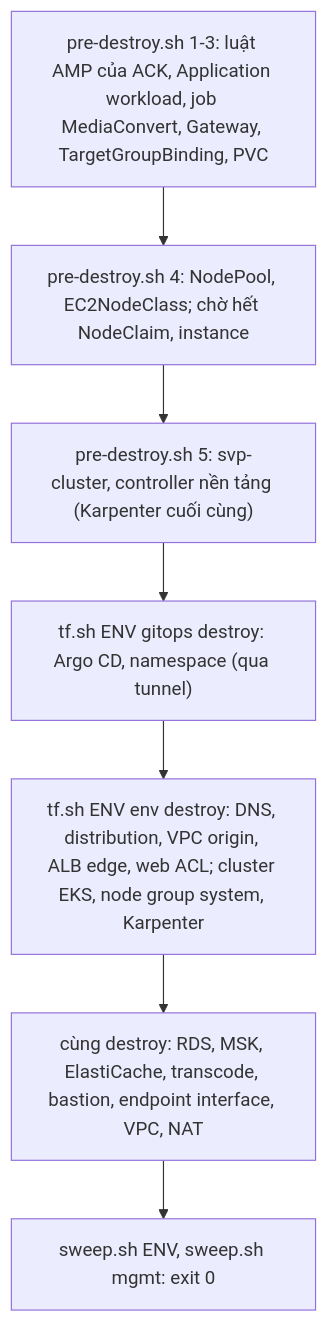
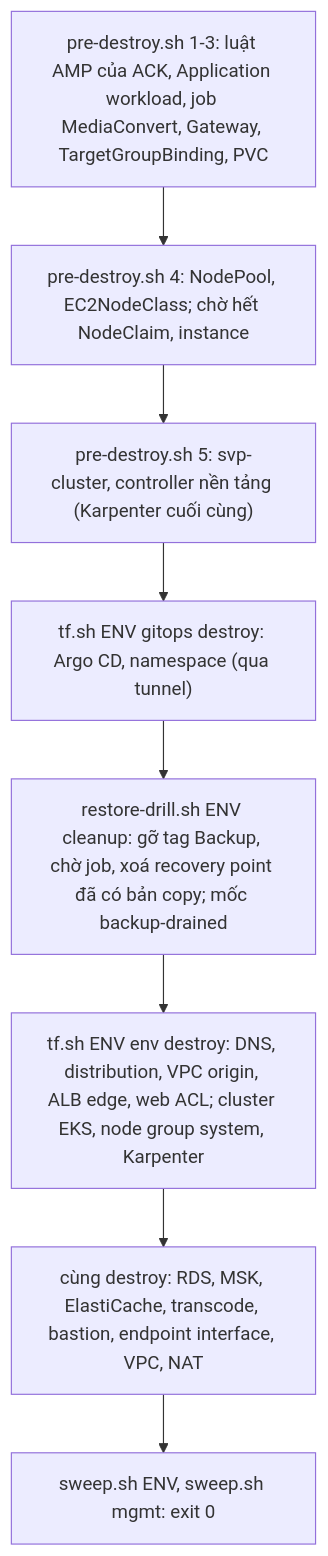
Before and after one commit to anhnvcoder/svp-infra: the sixth of 6 diagrams in README.md, drawn with Mermaid. The commit also changed other lines of this file and 92 other files, not shown here.

First line of the commit message:
feat: AWS Backup policy, copy vault account and restore drill scripts (#41)

````diff
--- a/README.md
+++ b/README.md
@@ -408,9 +458,10 @@
 ```mermaid
 flowchart TD
     A["pre-destroy.sh 1-3: luật AMP của ACK, Application workload, job MediaConvert, Gateway, TargetGroupBinding, PVC"] --> B["pre-destroy.sh 4: NodePool, EC2NodeClass; chờ hết NodeClaim, instance"]
     B --> C["pre-destroy.sh 5: svp-cluster, controller nền tảng (Karpenter cuối cùng)"]
     C --> D["tf.sh ENV gitops destroy: Argo CD, namespace (qua tunnel)"]
-    D --> E["tf.sh ENV env destroy: DNS, distribution, VPC origin, ALB edge, web ACL; cluster EKS, node group system, Karpenter"]
+    D --> X["restore-drill.sh ENV cleanup: gỡ tag Backup, chờ job, xoá recovery point đã có bản copy; mốc backup-drained"]
+    X --> E["tf.sh ENV env destroy: DNS, distribution, VPC origin, ALB edge, web ACL; cluster EKS, node group system, Karpenter"]
     E --> F["cùng destroy: RDS, MSK, ElastiCache, transcode, bastion, endpoint interface, VPC, NAT"]
     F --> G["sweep.sh ENV, sweep.sh mgmt: exit 0"]
 ```
````
